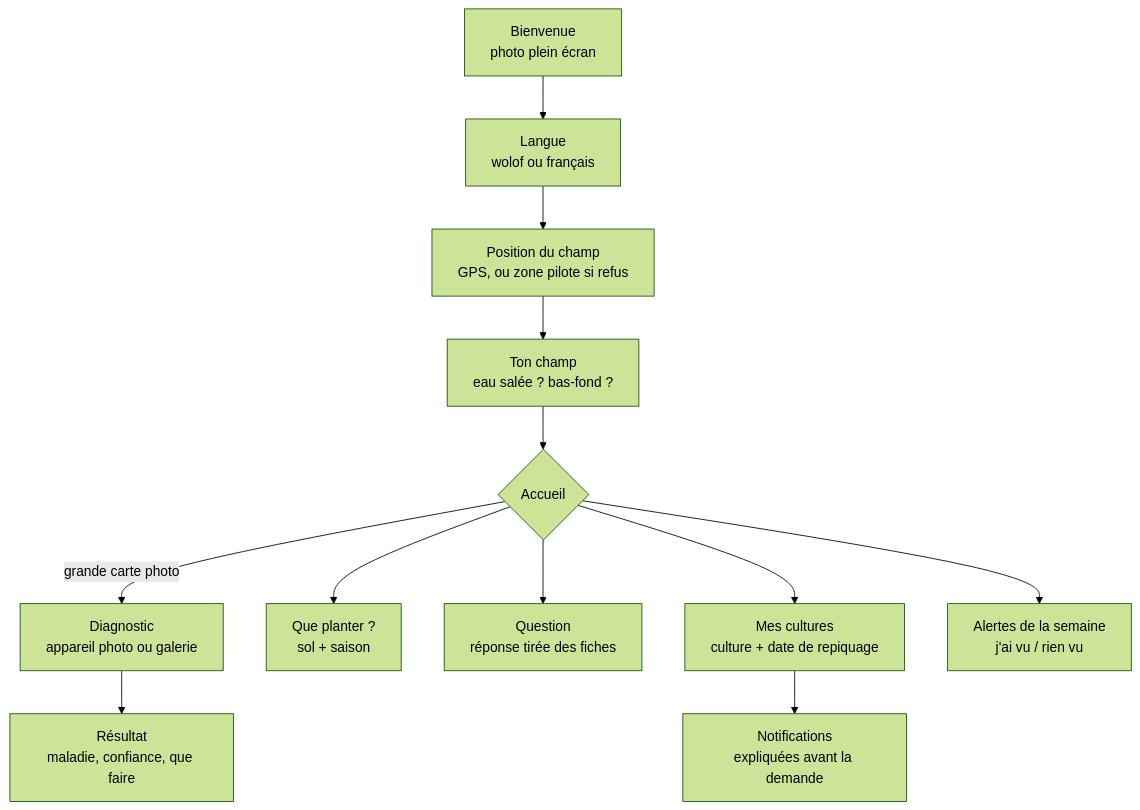
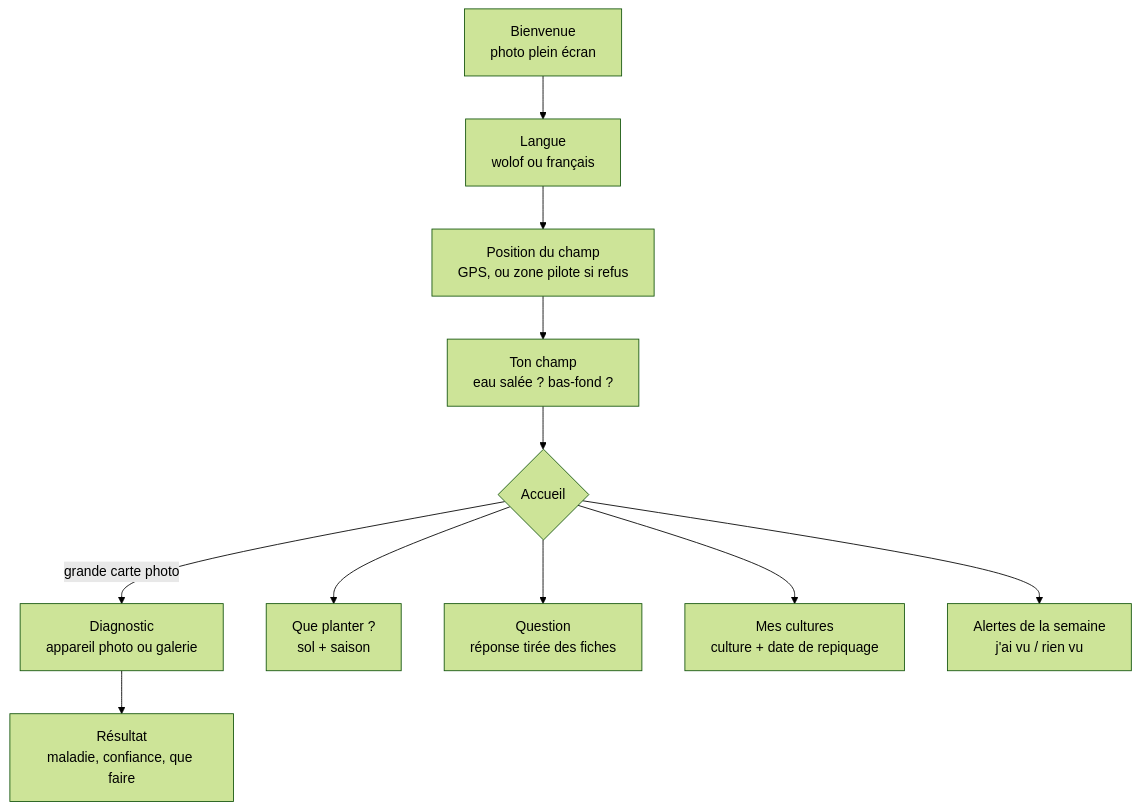
One commit to Oscar-AS/Terramind changed the diagram in channels/mobile/README.md. Above: the diagram before and after it, drawn with Mermaid (forest theme). The commit also changed other lines of this file and 10 other files, not shown here.

````diff
--- a/channels/mobile/README.md
+++ b/channels/mobile/README.md
@@ -23,14 +23,13 @@
 ```mermaid
 flowchart TD
     B["Bienvenue<br/>photo plein écran"] --> L["Langue<br/>wolof ou français"]
     L --> P["Position du champ<br/>GPS, ou zone pilote si refus"]
     P --> C["Ton champ<br/>eau salée ? bas-fond ?"]
     C --> A{"Accueil"}
     A -->|"grande carte photo"| D["Diagnostic<br/>appareil photo ou galerie"]
     D --> R["Résultat<br/>maladie, confiance, que faire"]
     A --> PL["Que planter ?<br/>sol + saison"]
     A --> Q["Question<br/>réponse tirée des fiches"]
     A --> MC["Mes cultures<br/>culture + date de repiquage"]
-    MC --> N["Notifications<br/>expliquées avant la demande"]
     A --> AL["Alertes de la semaine<br/>j'ai vu / rien vu"]
 ```
````
